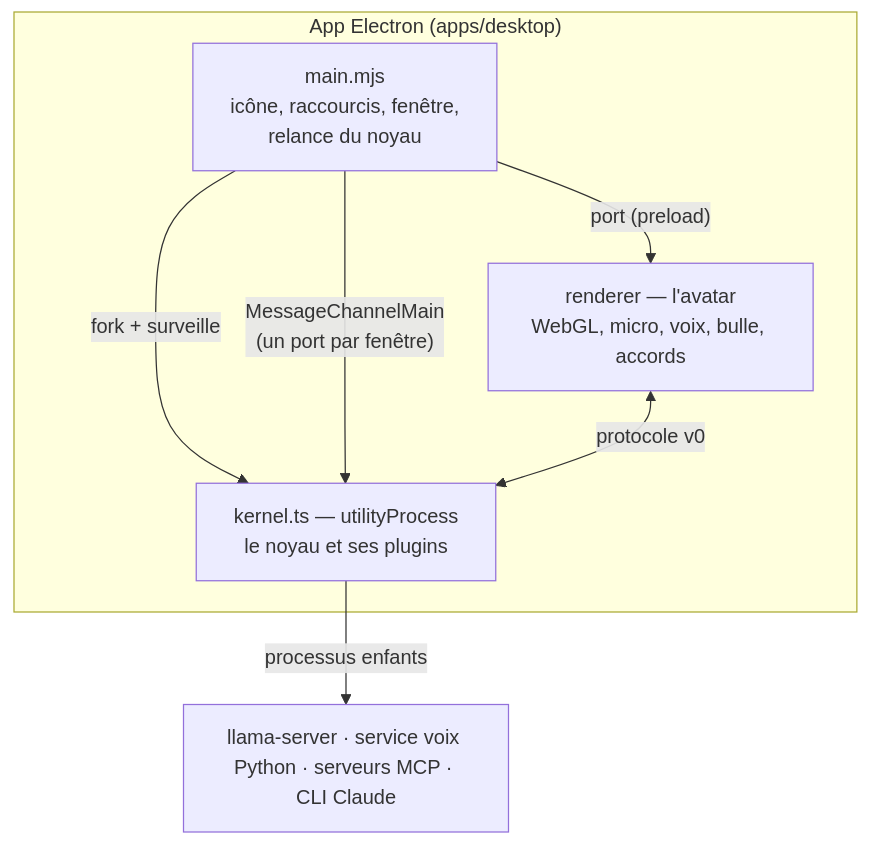
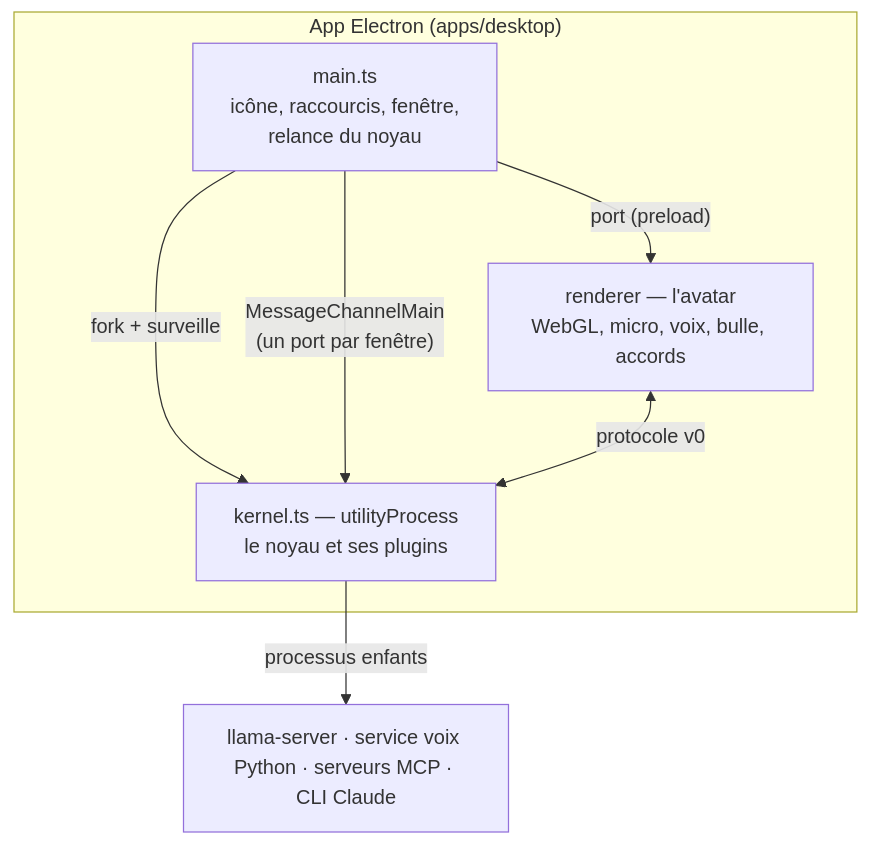
Before and after one commit to gleborgne/floppy: the fourth of 5 diagrams in docs/spec/corps-et-avatar.md, drawn with Mermaid. The commit also changed other lines of this file and 17 other files, not shown here.

````diff
--- a/docs/spec/corps-et-avatar.md
+++ b/docs/spec/corps-et-avatar.md
@@ -139,13 +139,13 @@
 ```mermaid
 flowchart TB
   subgraph APP["App Electron (apps/desktop)"]
-    MAIN["main.mjs<br/>icône, raccourcis, fenêtre,<br/>relance du noyau"]
+    MAIN["main.ts<br/>icône, raccourcis, fenêtre,<br/>relance du noyau"]
     K["kernel.ts — utilityProcess<br/>le noyau et ses plugins"]
     R["renderer — l'avatar<br/>WebGL, micro, voix, bulle, accords"]
   end
   MAIN -- "fork + surveille" --> K
   MAIN -- "MessageChannelMain<br/>(un port par fenêtre)" --> K
   MAIN -- "port (preload)" --> R
   R <-- "protocole v0" --> K
   K -- "processus enfants" --> P["llama-server · service voix Python · serveurs MCP · CLI Claude"]
 ```
````
